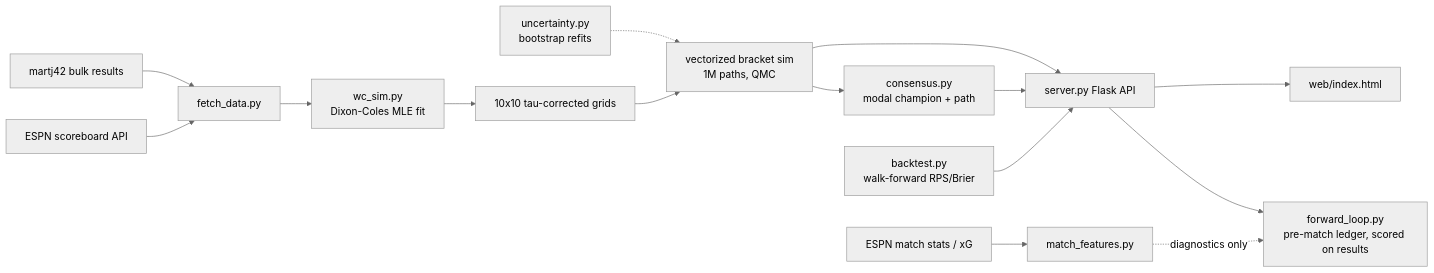
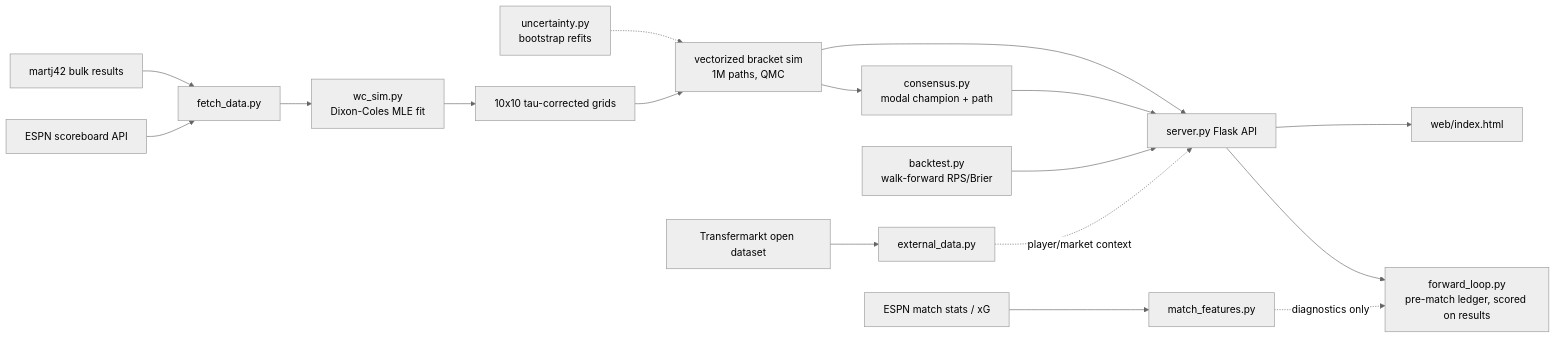
One commit to suyashbansal07-dev/FIFA-26-sim changed the diagram in README.md. Above: the diagram before and after it, drawn with Mermaid (neutral theme). The commit also changed other lines of this file and 6 other files, not shown here.

Commit message:
Add external player market mart

````diff
--- a/README.md
+++ b/README.md
@@ -56,17 +57,19 @@
 ```mermaid
 flowchart LR
     A[martj42 bulk results] --> C[fetch_data.py]
     B[ESPN scoreboard API] --> C
     B2[ESPN match stats / xG] --> MF[match_features.py]
+    B3[Transfermarkt open dataset] --> X[external_data.py]
     C --> D[wc_sim.py<br/>Dixon-Coles MLE fit]
     D --> E[10x10 tau-corrected grids]
     U[uncertainty.py<br/>bootstrap refits] -.-> F
     E --> F[vectorized bracket sim<br/>1M paths, QMC]
     F --> G[consensus.py<br/>modal champion + path]
     F --> H[server.py Flask API]
     G --> H
     H --> I[web/index.html]
     H --> J[forward_loop.py<br/>pre-match ledger, scored on results]
     K[backtest.py<br/>walk-forward RPS/Brier] --> H
     MF -.diagnostics only.-> J
+    X -.player/market context.-> H
 ```
````
